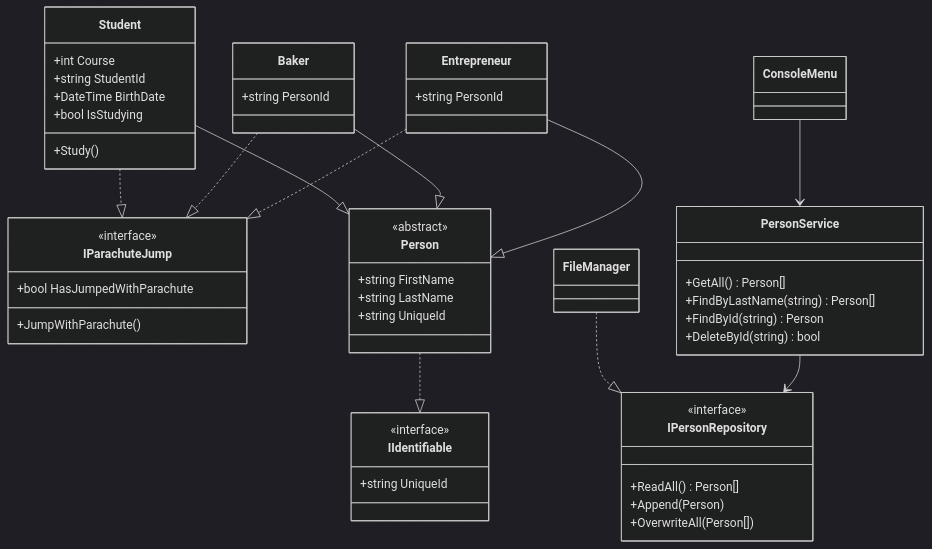
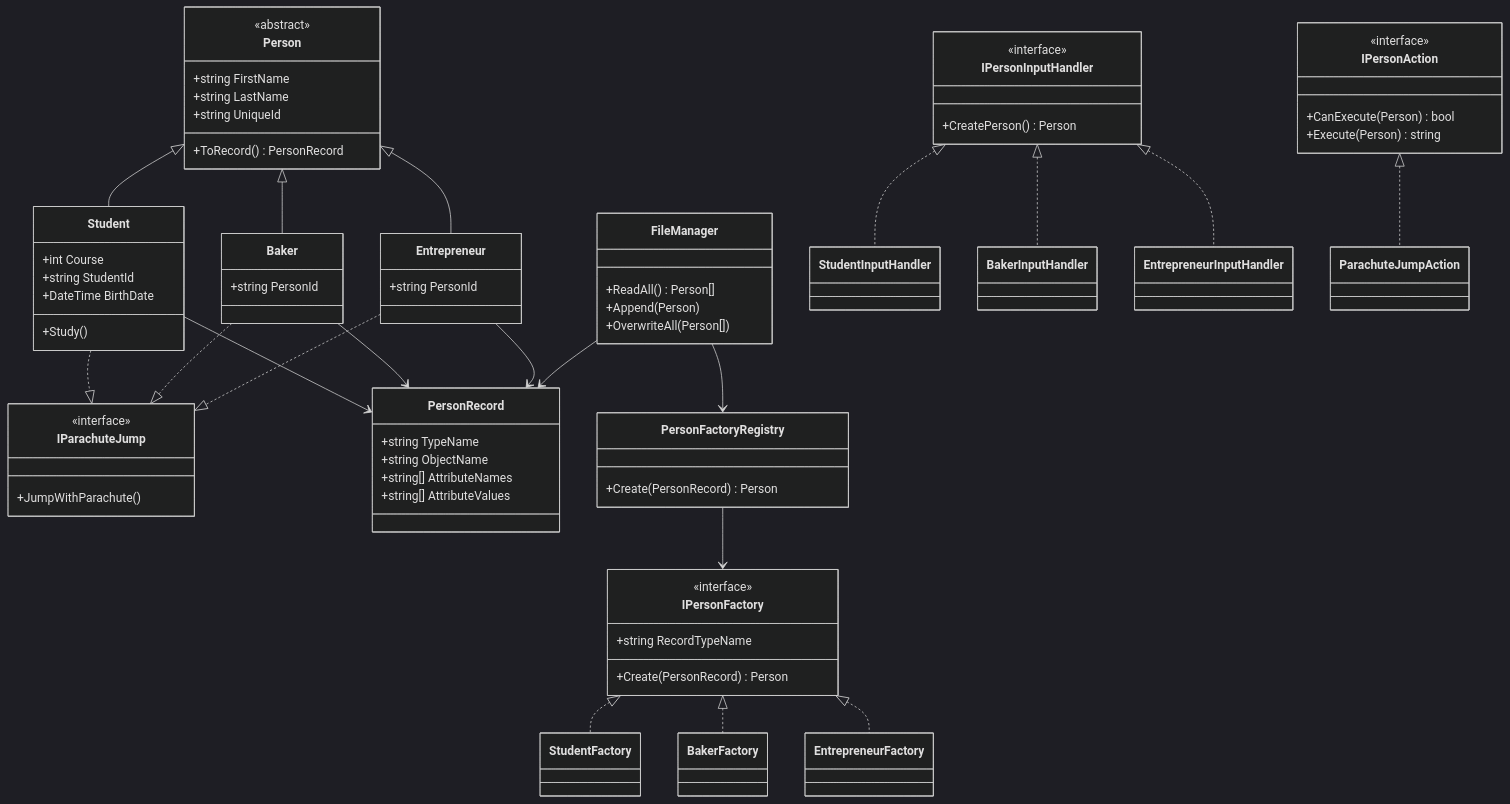
The diagram in Lab31/ClassDiagram.md (oljyaaa/OOP_practice), drawn with Mermaid (dark theme) before and after one commit. The commit also changed other lines of this file and 18 other files, not shown here.

````diff
--- a/Lab31/ClassDiagram.md
+++ b/Lab31/ClassDiagram.md
@@ -3,28 +3,17 @@
 ```mermaid
 classDiagram
-    class IIdentifiable {
-        <<interface>>
-        +string UniqueId
-    }
-
-    class IParachuteJump {
-        <<interface>>
-        +bool HasJumpedWithParachute
-        +JumpWithParachute()
-    }
-
     class Person {
         <<abstract>>
         +string FirstName
         +string LastName
         +string UniqueId
+        +ToRecord() PersonRecord
     }
 
     class Student {
         +int Course
         +string StudentId
         +DateTime BirthDate
-        +bool IsStudying
         +Study()
     }
 
@@ -36,31 +25,62 @@
         +string PersonId
     }
 
-    class IPersonRepository {
+    class IParachuteJump {
         <<interface>>
+        +JumpWithParachute()
+    }
+
+    class PersonRecord {
+        +string TypeName
+        +string ObjectName
+        +string[] AttributeNames
+        +string[] AttributeValues
+    }
+
+    class IPersonFactory {
+        <<interface>>
+        +string RecordTypeName
+        +Create(PersonRecord) Person
+    }
+
+    class PersonFactoryRegistry {
+        +Create(PersonRecord) Person
+    }
+
+    class FileManager {
         +ReadAll() Person[]
         +Append(Person)
         +OverwriteAll(Person[])
     }
 
-    class FileManager
-    class PersonService {
-        +GetAll() Person[]
-        +FindByLastName(string) Person[]
-        +FindById(string) Person
-        +DeleteById(string) bool
+    class IPersonInputHandler {
+        <<interface>>
+        +CreatePerson() Person
     }
 
-    class ConsoleMenu
+    class IPersonAction {
+        <<interface>>
+        +CanExecute(Person) bool
+        +Execute(Person) string
+    }
 
-    Person ..|> IIdentifiable
-    Student --|> Person
-    Baker --|> Person
-    Entrepreneur --|> Person
+    Person <|-- Student
+    Person <|-- Baker
+    Person <|-- Entrepreneur
     Student ..|> IParachuteJump
     Baker ..|> IParachuteJump
     Entrepreneur ..|> IParachuteJump
-    FileManager ..|> IPersonRepository
-    PersonService --> IPersonRepository
-    ConsoleMenu --> PersonService
+    Student --> PersonRecord
+    Baker --> PersonRecord
+    Entrepreneur --> PersonRecord
+    IPersonFactory <|.. StudentFactory
+    IPersonFactory <|.. BakerFactory
+    IPersonFactory <|.. EntrepreneurFactory
+    PersonFactoryRegistry --> IPersonFactory
+    FileManager --> PersonRecord
+    FileManager --> PersonFactoryRegistry
+    IPersonInputHandler <|.. StudentInputHandler
+    IPersonInputHandler <|.. BakerInputHandler
+    IPersonInputHandler <|.. EntrepreneurInputHandler
+    IPersonAction <|.. ParachuteJumpAction
 ```
````
